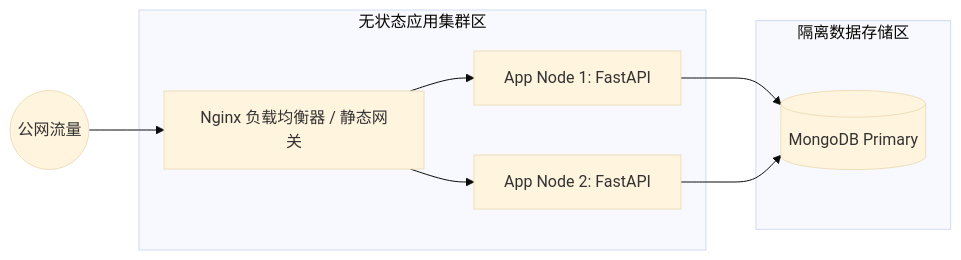
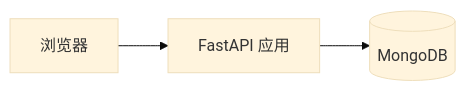
One commit to 4bqwq/fastapi-mongo-survey changed the second of 6 diagrams in doc/02-architecture.md. Above: the diagram before and after it, drawn with Mermaid (base theme). The commit also changed other lines of this file and 3 other files, not shown here.

````diff
--- a/doc/02-architecture.md
+++ b/doc/02-architecture.md
@@ -59,14 +59,5 @@
 ```mermaid
 flowchart LR
-    Internet((公网流量)) --> LB[Nginx 负载均衡器 / 静态网关]
-    
-    subgraph 无状态应用集群区
-        LB --> Node1[App Node 1: FastAPI]
-        LB --> Node2[App Node 2: FastAPI]
-    end
-    
-    subgraph 隔离数据存储区
-        Node1 --> MongoPrimary[(MongoDB Primary)]
-        Node2 --> MongoPrimary
-    end
+    Browser[浏览器] --> App[FastAPI 应用]
+    App --> Mongo[(MongoDB)]
 ```
````
